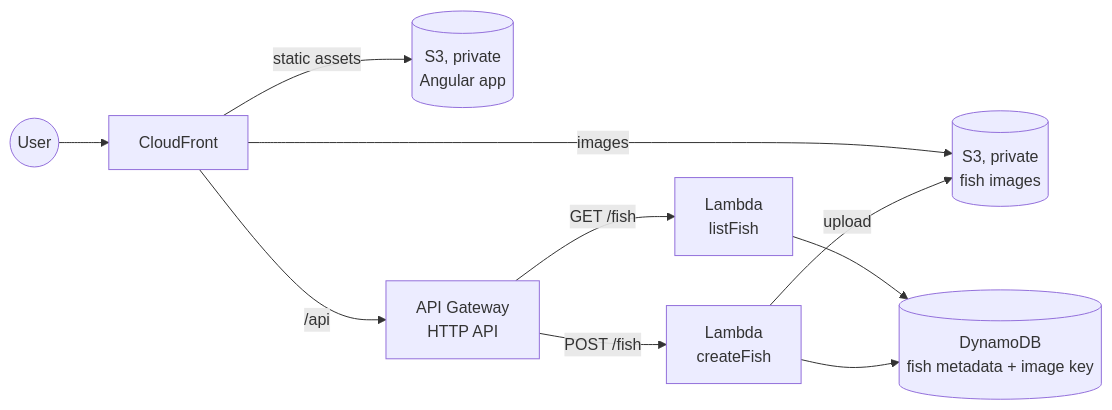
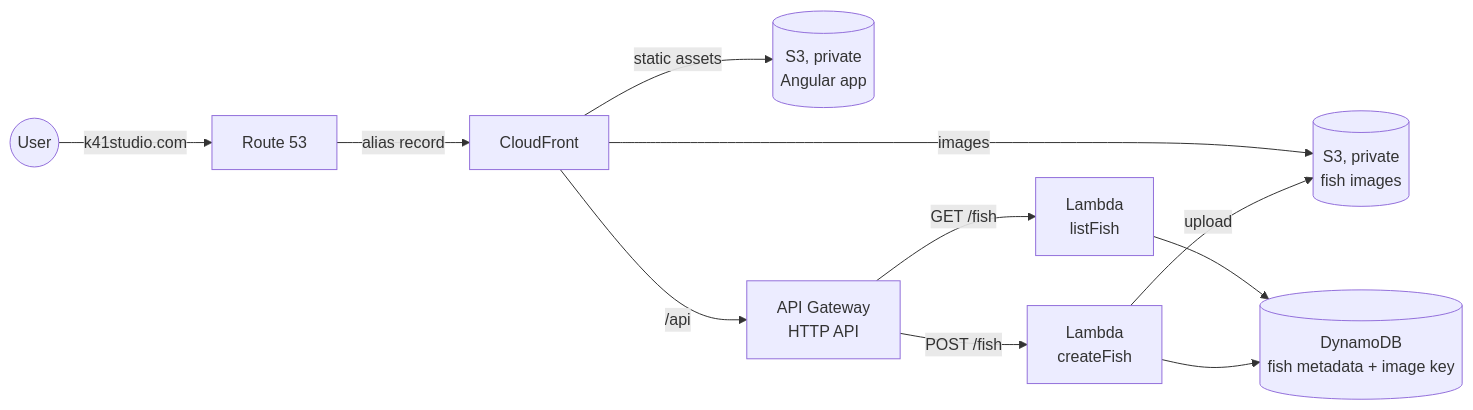
Before and after one commit to ChunKaiC/k41studio.com: the diagram in README.md, drawn with Mermaid. The commit also changed other lines of this file and 2 other files, not shown here.

Commit message:
Rename project to k41studio.com and add Route 53 domain

````diff
--- a/README.md
+++ b/README.md
@@ -17,12 +17,13 @@
 ```mermaid
 flowchart LR
-    User((User)) --> CF[CloudFront]
+    User((User)) -->|k41studio.com| R53[Route 53]
+    R53 -->|alias record| CF[CloudFront]
     CF -->|static assets| S3[(S3, private<br/>Angular app)]
     CF -->|images| IMG[(S3, private<br/>fish images)]
     CF -->|/api| APIGW[API Gateway<br/>HTTP API]
     APIGW -->|GET /fish| LGET[Lambda<br/>listFish]
     APIGW -->|POST /fish| LPOST[Lambda<br/>createFish]
     LGET --> DDB[(DynamoDB<br/>fish metadata + image key)]
     LPOST --> DDB
     LPOST -->|upload| IMG
 ```
````
